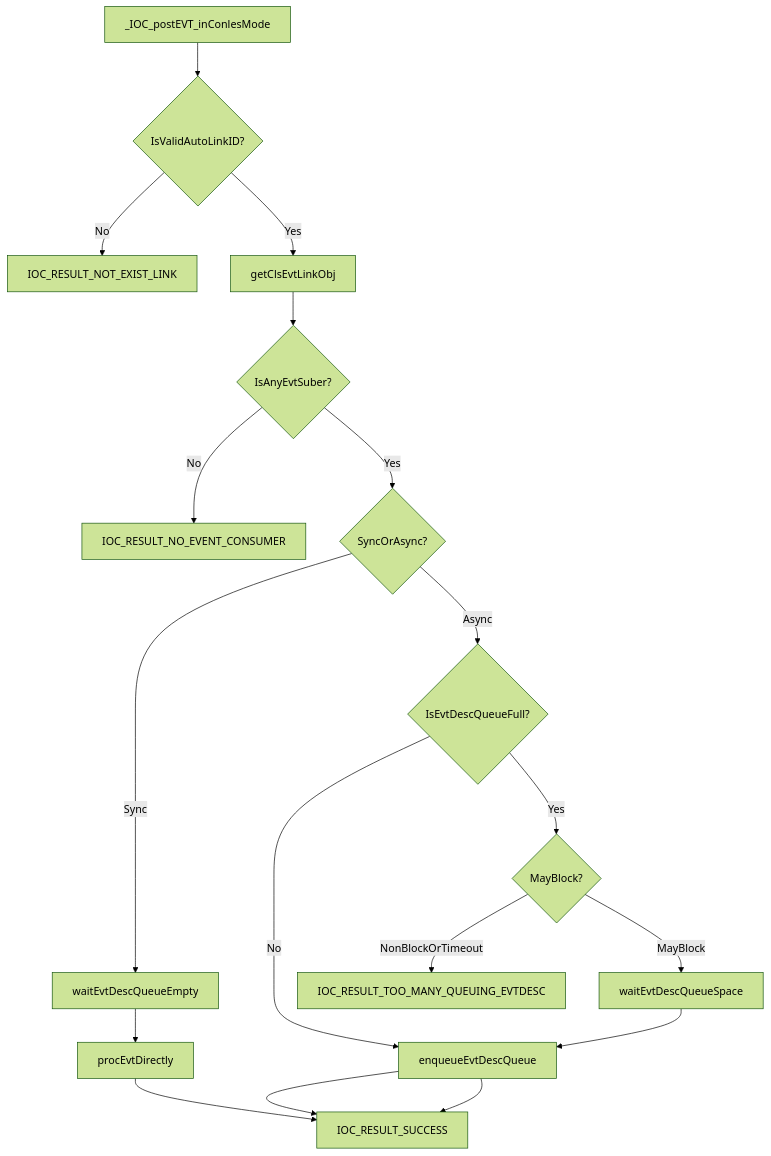
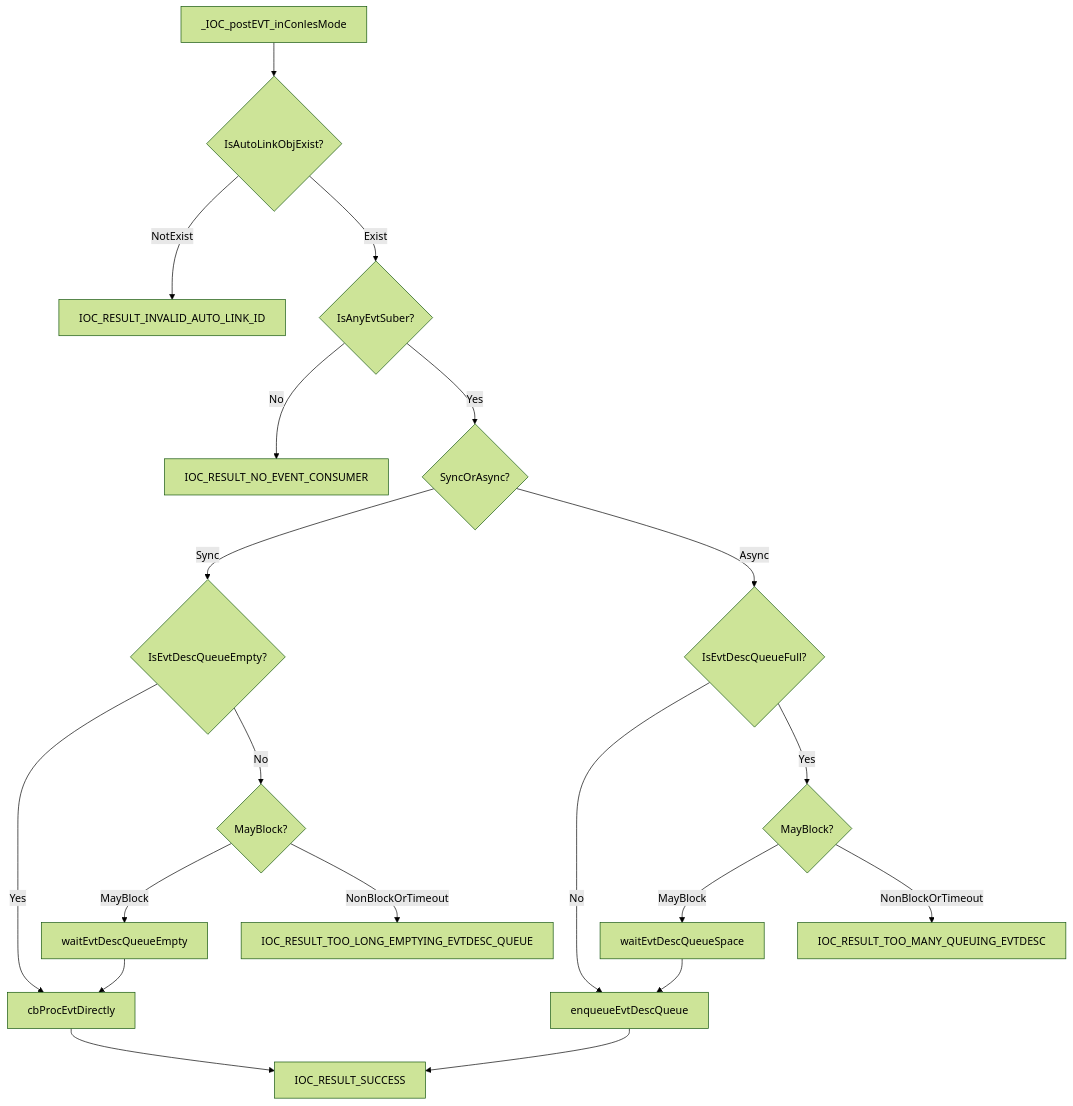
One commit to EnigmaWU/MyIOC_inTDD_withGHC changed the second of 2 diagrams in Source/_IOC_ConlesEvent.md. Above: the diagram before and after it, drawn with Mermaid (forest theme). The commit also changed other lines of this file and 2 other files, not shown here.

Commit message:
[WIP] ConlesEvent

````diff
--- a/Source/_IOC_ConlesEvent.md
+++ b/Source/_IOC_ConlesEvent.md
@@ -22,14 +24,18 @@
 ```mermaid
 flowchart TD
-    _IOC_postEVT_inConlesMode --> AutoLinkID{ IsValidAutoLinkID? }
-    AutoLinkID -- No --> IOC_RESULT_NOT_EXIST_LINK
-    AutoLinkID -- Yes --> getClsEvtLinkObj --> EvtSuber{ IsAnyEvtSuber? }
+    _IOC_postEVT_inConlesMode --> AutoLinkObj{ IsAutoLinkObjExist? }
+    AutoLinkObj -- NotExist --> IOC_RESULT_INVALID_AUTO_LINK_ID
+    AutoLinkObj -- Exist --> EvtSuber{ IsAnyEvtSuber? }
     EvtSuber -- No --> IOC_RESULT_NO_EVENT_CONSUMER
     EvtSuber -- Yes --> OptMode{ SyncOrAsync? }
-    OptMode -- Sync --> waitEvtDescQueueEmpty --> procEvtDirectly --> IOC_RESULT_SUCCESS
+    OptMode -- Sync --> IsEvtDescQueueEmpty{ IsEvtDescQueueEmpty? }
+    IsEvtDescQueueEmpty -- Yes --> cbProcEvtDirectly
+    IsEvtDescQueueEmpty -- No --> OptWaitSync{ MayBlock? }
+    OptWaitSync -- MayBlock --> waitEvtDescQueueEmpty --> cbProcEvtDirectly --> IOC_RESULT_SUCCESS
+    OptWaitSync -- NonBlockOrTimeout --> IOC_RESULT_TOO_LONG_EMPTYING_EVTDESC_QUEUE
     OptMode -- Async --> EvtDescQueue{ IsEvtDescQueueFull? }
-    EvtDescQueue -- No --> enqueueEvtDescQueue --> IOC_RESULT_SUCCESS
-    EvtDescQueue -- Yes --> OptWait{ MayBlock? }
-    OptWait -- MayBlock --> waitEvtDescQueueSpace --> enqueueEvtDescQueue --> IOC_RESULT_SUCCESS
-    OptWait -- NonBlockOrTimeout --> IOC_RESULT_TOO_MANY_QUEUING_EVTDESC
+    EvtDescQueue -- No --> enqueueEvtDescQueue
+    EvtDescQueue -- Yes --> OptWaitASync{ MayBlock? }
+    OptWaitASync -- MayBlock --> waitEvtDescQueueSpace --> enqueueEvtDescQueue --> IOC_RESULT_SUCCESS
+    OptWaitASync -- NonBlockOrTimeout --> IOC_RESULT_TOO_MANY_QUEUING_EVTDESC
 ```
````
